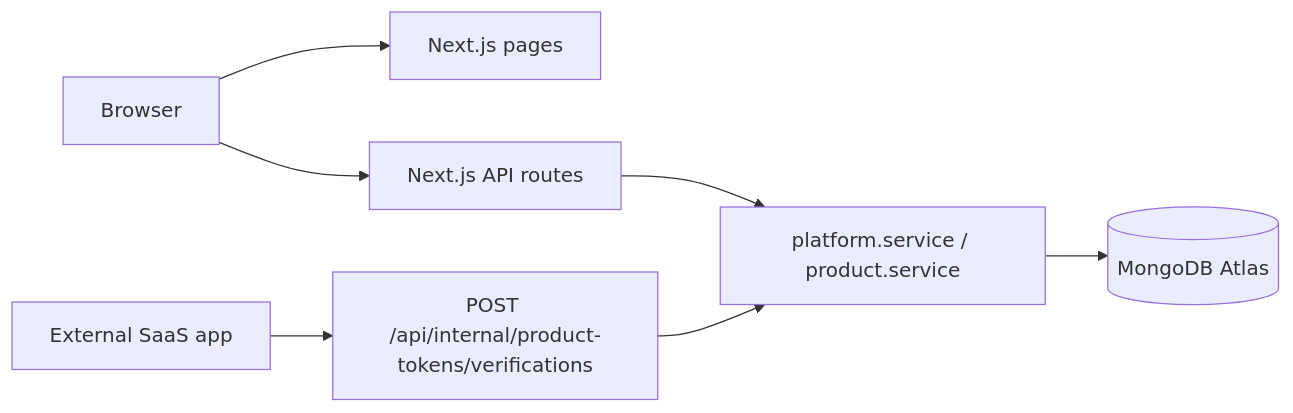
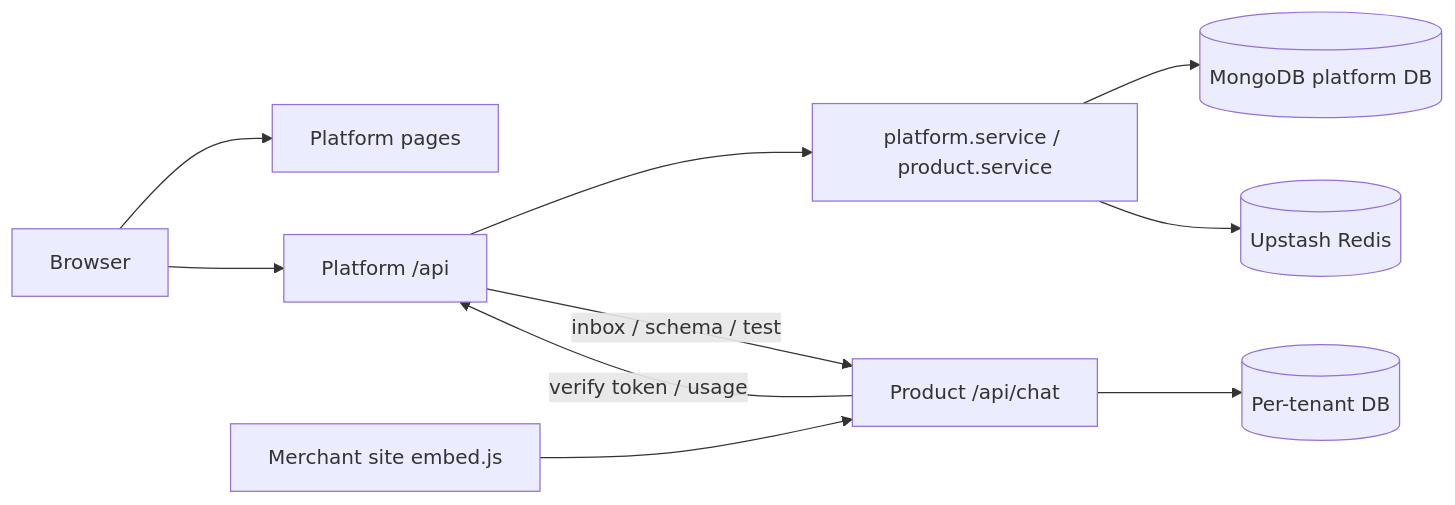
One commit to single-solution/singleSolutionSaas changed the first of 2 diagrams in docs/architecture.md. Above: the diagram before and after it, drawn with Mermaid. The commit also changed other lines of this file and 191 other files, not shown here.

First line of the commit message:
feat: harden platform operations and merchant workflows

````diff
--- a/docs/architecture.md
+++ b/docs/architecture.md
@@ -51,9 +61,12 @@
 ```mermaid
 flowchart LR
-  Browser --> NextUI[Next.js pages]
-  Browser --> NextAPI[Next.js API routes]
-  NextAPI --> Service[platform.service / product.service]
-  Service --> MongoDB[(MongoDB Atlas)]
-  ExternalProduct[External SaaS app] --> VerifyAPI[POST /api/internal/product-tokens/verifications]
-  VerifyAPI --> Service
+  Browser --> PortalUI[Platform pages]
+  Browser --> PortalAPI[Platform /api]
+  PortalAPI --> Service[platform.service / product.service]
+  Service --> Mongo[(MongoDB platform DB)]
+  Service --> Redis[(Upstash Redis)]
+  Widget[Merchant site embed.js] --> ProductAPI[Product /api/chat]
+  ProductAPI --> TenantDB[(Per-tenant DB)]
+  ProductAPI -->|verify token / usage| PortalAPI
+  PortalAPI -->|inbox / schema / test| ProductAPI
 ```
````
